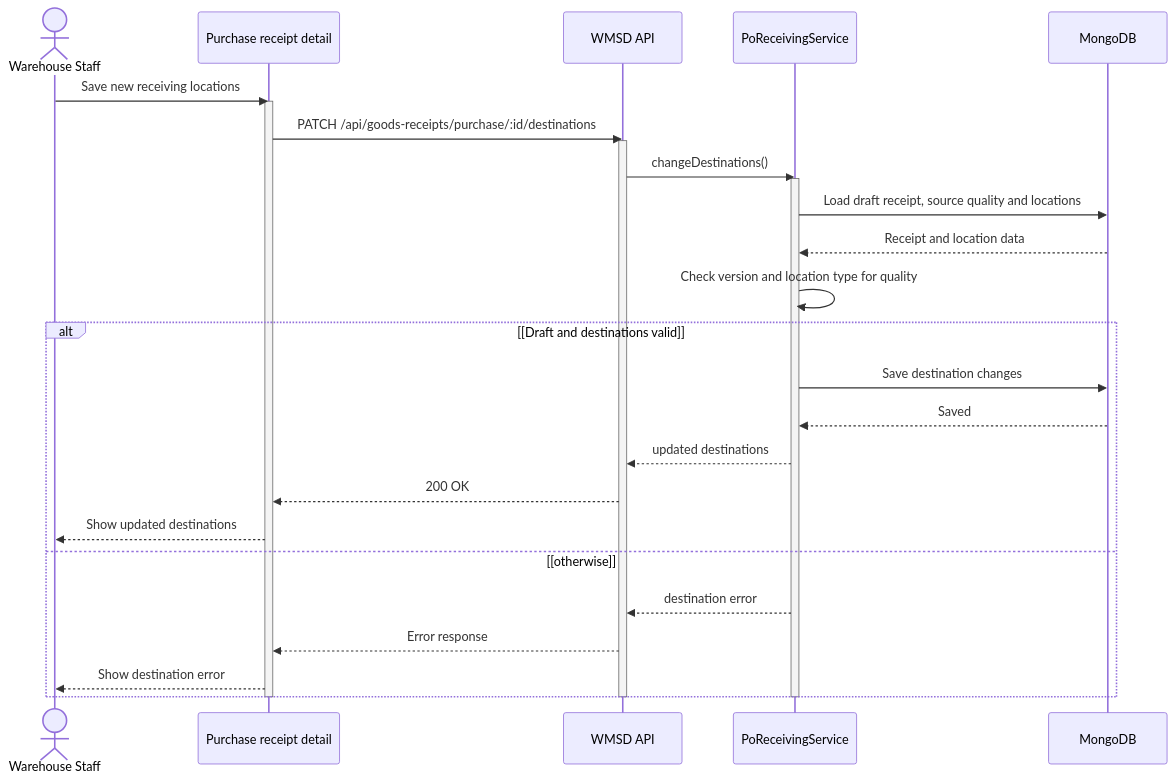
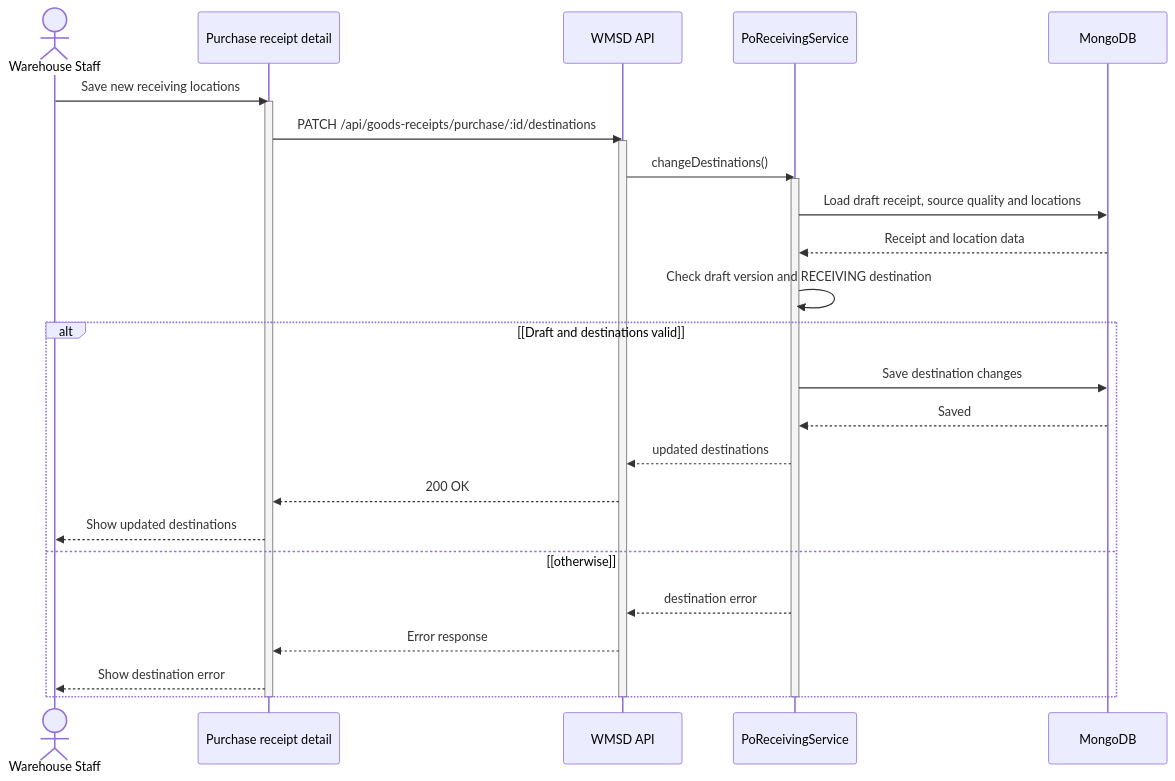
Diagram 22 of 46 in git_doc/docs/01_bao_cao/WMSD_Report4_Draft.md (bupbalabup/wmsd_be), drawn with Mermaid before and after one commit. The commit also changed other lines of this file and 32 other files, not shown here.

````diff
--- a/git_doc/docs/01_bao_cao/WMSD_Report4_Draft.md
+++ b/git_doc/docs/01_bao_cao/WMSD_Report4_Draft.md
@@ -1257,31 +1635,31 @@
 ```mermaid
 sequenceDiagram
   actor X as Warehouse Staff
   participant U as Purchase receipt detail
   participant A as WMSD API
   participant S as PoReceivingService
   participant D as MongoDB
   X->>U: Save new receiving locations
   activate U
   U->>A: PATCH /api/goods-receipts/purchase/:id/destinations
   activate A
   A->>S: changeDestinations()
   activate S
   S->>D: Load draft receipt, source quality and locations
   D-->>S: Receipt and location data
-  S->>S: Check version and location type for quality
+  S->>S: Check draft version and RECEIVING destination
   alt [Draft and destinations valid]
     S->>D: Save destination changes
     D-->>S: Saved
     S-->>A: updated destinations
     A-->>U: 200 OK
     U-->>X: Show updated destinations
   else [otherwise]
     S-->>A: destination error
     A-->>U: Error response
     U-->>X: Show destination error
   end
   deactivate S
   deactivate A
   deactivate U
 ```
````
